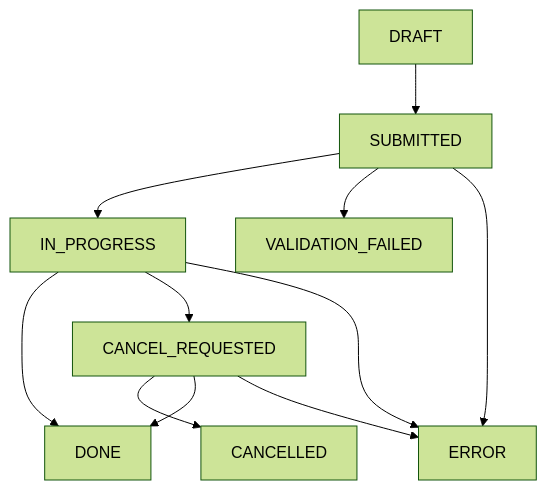
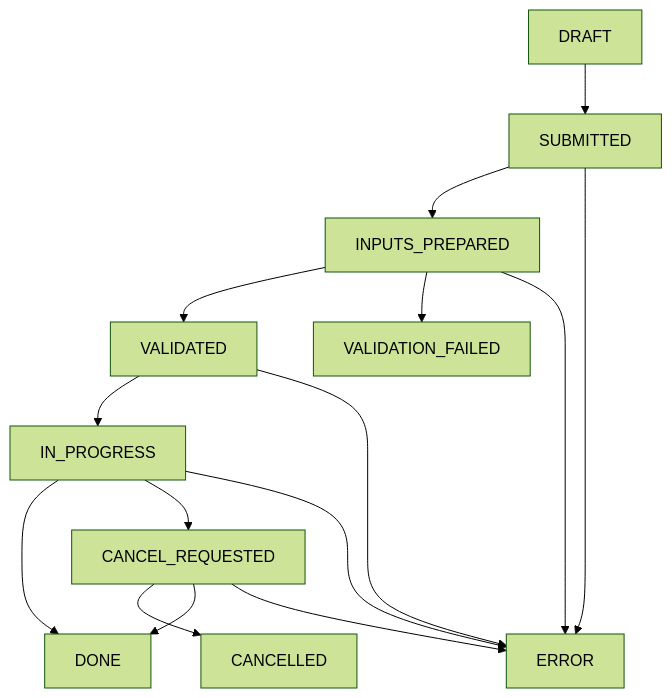
One commit to oleksiy-sayankin/mdds changed the first of 2 diagrams in ARCHITECTURE.md. Above: the diagram before and after it, drawn with Mermaid (forest theme). The commit also changed other lines of this file, not shown here.

````diff
--- a/ARCHITECTURE.md
+++ b/ARCHITECTURE.md
@@ -167,13 +169,17 @@
 ```mermaid
 graph TD;
-  DRAFT-->SUBMITTED;
-  SUBMITTED-->IN_PROGRESS;
-  SUBMITTED-->VALIDATION_FAILED;
-  SUBMITTED-->ERROR;
-  IN_PROGRESS-->DONE;
-  IN_PROGRESS-->CANCEL_REQUESTED;
-  IN_PROGRESS-->ERROR;
-  CANCEL_REQUESTED-->CANCELLED;
-  CANCEL_REQUESTED-->DONE;
-  CANCEL_REQUESTED-->ERROR;
+    DRAFT-->SUBMITTED;
+    SUBMITTED-->INPUTS_PREPARED;
+    SUBMITTED-->ERROR;
+    INPUTS_PREPARED-->VALIDATED;
+    INPUTS_PREPARED-->VALIDATION_FAILED;
+    INPUTS_PREPARED-->ERROR;
+    VALIDATED-->IN_PROGRESS;
+    VALIDATED-->ERROR;
+    IN_PROGRESS-->DONE;
+    IN_PROGRESS-->CANCEL_REQUESTED;
+    IN_PROGRESS-->ERROR;
+    CANCEL_REQUESTED-->CANCELLED;
+    CANCEL_REQUESTED-->DONE;
+    CANCEL_REQUESTED-->ERROR;
 ```
````
